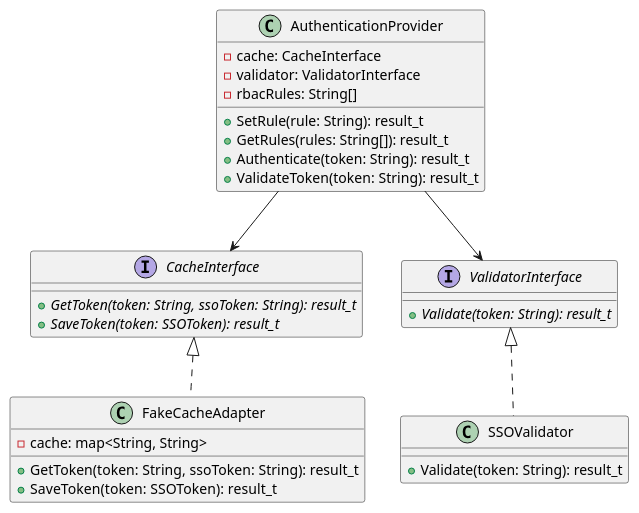
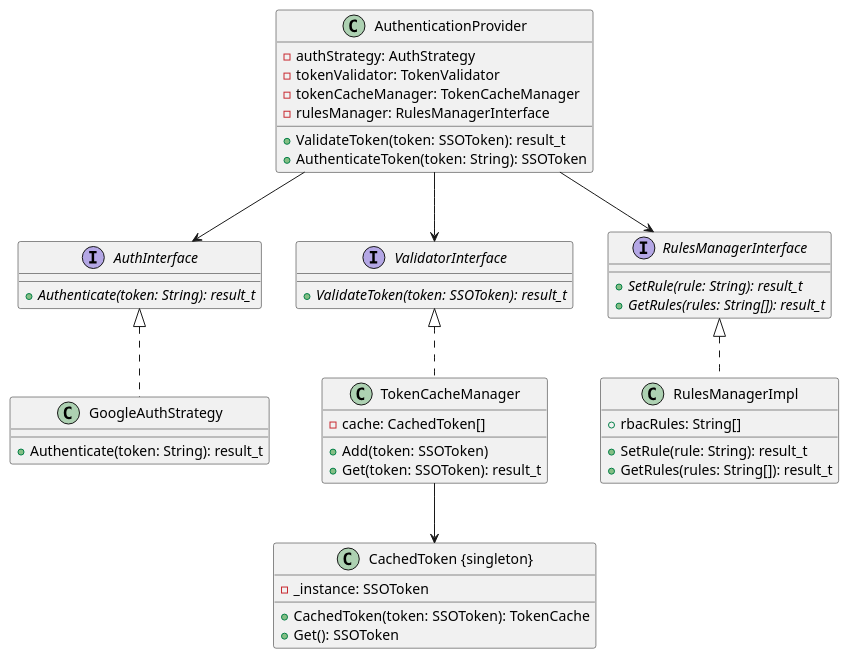
The diagram in PracticeTasks/Module2/Task_12/Authenticator.puml (fanglores/Advanced-Software-Design), drawn with PlantUML before and after one commit. The commit also changed 2 other files, not shown here.

```diff
--- a/PracticeTasks/Module2/Task_12/Authenticator.puml
+++ b/PracticeTasks/Module2/Task_12/Authenticator.puml
@@ -1,33 +1,50 @@
 @startuml
-interface CacheInterface {
-  {abstract} +GetToken(token: String, ssoToken: String): result_t
-  {abstract} +SaveToken(token: SSOToken): result_t
+class AuthenticationProvider {
+  -authStrategy: AuthStrategy
+  -tokenValidator: TokenValidator
+  -tokenCacheManager: TokenCacheManager
+  -rulesManager: RulesManagerInterface
+  +ValidateToken(token: SSOToken): result_t
+  +AuthenticateToken(token: String): SSOToken
 }
 
-class FakeCacheAdapter implements CacheInterface {
-  -cache: map<String, String>
-  +GetToken(token: String, ssoToken: String): result_t
-  +SaveToken(token: SSOToken): result_t
+interface AuthInterface {
+  {abstract} +Authenticate(token: String): result_t
+}
+
+class GoogleAuthStrategy implements AuthInterface {
+  +Authenticate(token: String): result_t
 }
 
 interface ValidatorInterface {
-  {abstract} +Validate(token: String): result_t
+  {abstract} +ValidateToken(token: SSOToken): result_t
 }
 
-class SSOValidator implements ValidatorInterface {
-  +Validate(token: String): result_t
+class TokenCacheManager implements ValidatorInterface {
+  -cache: CachedToken[]
+  +Add(token: SSOToken)
+  +Get(token: SSOToken): result_t
 }
 
-class AuthenticationProvider {
-  -cache: CacheInterface
-  -validator: ValidatorInterface
-  -rbacRules: String[]
+class "CachedToken {singleton}" as CachedToken {
+  -_instance: SSOToken
+  +CachedToken(token: SSOToken): TokenCache
+  +Get(): SSOToken
+}
+
+interface RulesManagerInterface {
+  {abstract} +SetRule(rule: String): result_t
+  {abstract} +GetRules(rules: String[]): result_t
+}
+
+class RulesManagerImpl implements RulesManagerInterface {
+  +rbacRules: String[]
   +SetRule(rule: String): result_t
   +GetRules(rules: String[]): result_t
-  +Authenticate(token: String): result_t
-  +ValidateToken(token: String): result_t
 }
 
-AuthenticationProvider --> CacheInterface
+AuthenticationProvider --> AuthInterface
+AuthenticationProvider --> RulesManagerInterface
 AuthenticationProvider --> ValidatorInterface
+TokenCacheManager --> CachedToken
 @enduml
```
